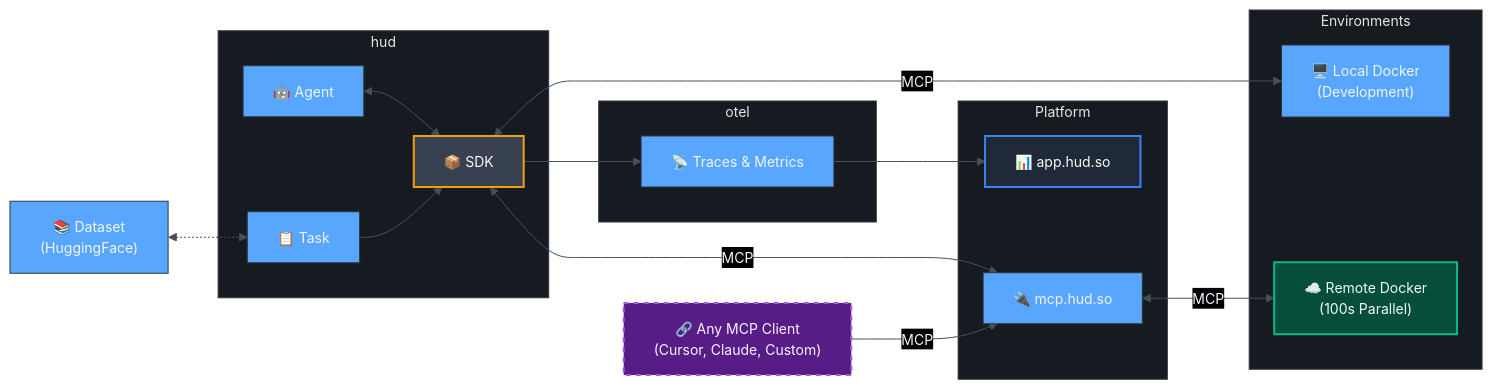
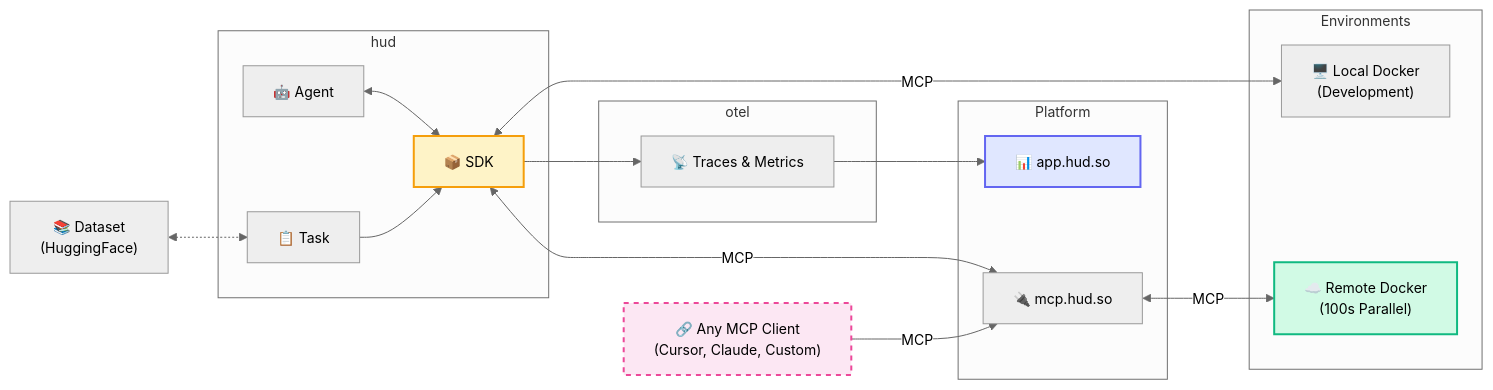
One commit to shfunc/hud-python changed the diagram in README.md. Above: the diagram before and after it, drawn with Mermaid. The commit also changed 1 other file, not shown here.

Commit message:
image change

````diff
--- a/README.md
+++ b/README.md
@@ -293,42 +293,42 @@
 ```mermaid
-%%{init: {"theme": "base", "themeVariables": {"fontSize": "14px", "darkMode": true, "background": "#0d1117", "primaryColor": "#58a6ff", "primaryTextColor": "#f0f6fc", "primaryBorderColor": "#30363d", "lineColor": "#484f58", "secondaryColor": "#21262d", "tertiaryColor": "#161b22"}, "flowchart": {"useMaxWidth": false}, "securityLevel": "loose"}}%%
+%%{init: {"theme": "neutral", "themeVariables": {"fontSize": "14px"}} }%%
 graph LR
     subgraph "Platform"
         Dashboard["📊 app.hud.so"]
         API["🔌 mcp.hud.so"]
     end
   
     subgraph "hud"
         Agent["🤖 Agent"]
         Task["📋 Task"]
         SDK["📦 SDK"]
     end
   
     subgraph "Environments"
         LocalEnv["🖥️ Local Docker<br/>(Development)"]
         RemoteEnv["☁️ Remote Docker<br/>(100s Parallel)"]
     end
   
     subgraph "otel"
         Trace["📡 Traces & Metrics"]
     end
   
     Dataset["📚 Dataset<br/>(HuggingFace)"]
   
     AnyMCP["🔗 Any MCP Client<br/>(Cursor, Claude, Custom)"]
   
     Agent <--> SDK
     Task --> SDK
     Dataset <-.-> Task
     SDK <-->|"MCP"| LocalEnv
     SDK <-->|"MCP"| API
     API  <-->|"MCP"| RemoteEnv
     SDK  --> Trace
     Trace --> Dashboard
     AnyMCP -->|"MCP"| API
   
-    style Dashboard fill:#1f2937,stroke:#3b82f6,stroke-width:2px,color:#f9fafb
-    style SDK fill:#374151,stroke:#f59e0b,stroke-width:2px,color:#f9fafb
-    style RemoteEnv fill:#064e3b,stroke:#10b981,stroke-width:2px,color:#f0fdf4
-    style AnyMCP fill:#581c87,stroke:#a855f7,stroke-width:2px,stroke-dasharray: 5 5,color:#faf5ff
+    style Dashboard fill:#e0e7ff,stroke:#6366f1,stroke-width:2px
+    style SDK fill:#fef3c7,stroke:#f59e0b,stroke-width:2px
+    style RemoteEnv fill:#d1fae5,stroke:#10b981,stroke-width:2px
+    style AnyMCP fill:#fce7f3,stroke:#ec4899,stroke-width:2px,stroke-dasharray: 5 5
 ```
````
